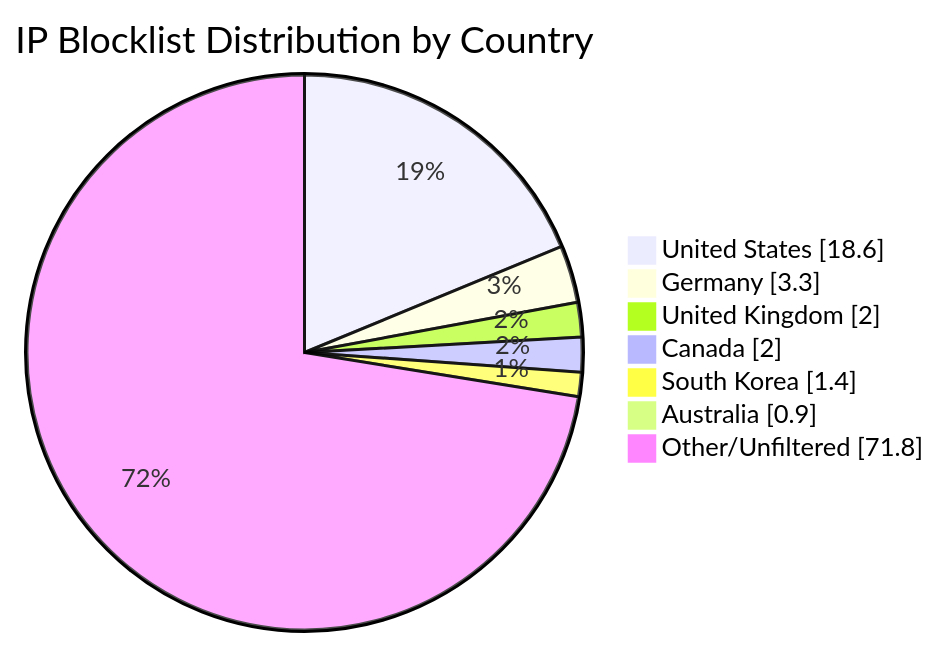
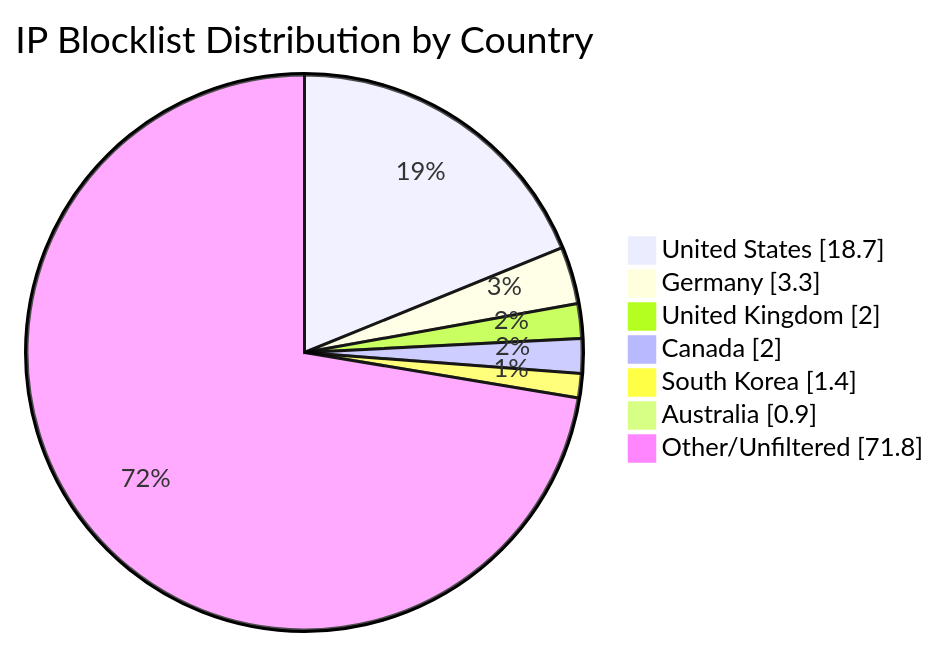
The diagram in README.md (MarcusHoltz/ipblocklist-geofiltered-aggregator), drawn with Mermaid before and after one commit. The commit also changed other lines of this file and 9 other files, not shown here.

````diff
--- a/README.md
+++ b/README.md
@@ -34,10 +34,10 @@
 ```mermaid
 pie showData title IP Blocklist Distribution by Country
-"United States" : 18.6
+"United States" : 18.7
 "Germany" : 3.3
 "United Kingdom" : 2.0
 "Canada" : 2.0
 "South Korea" : 1.4
 "Australia" : 0.9
 "Other/Unfiltered" : 71.8
 ```
````
